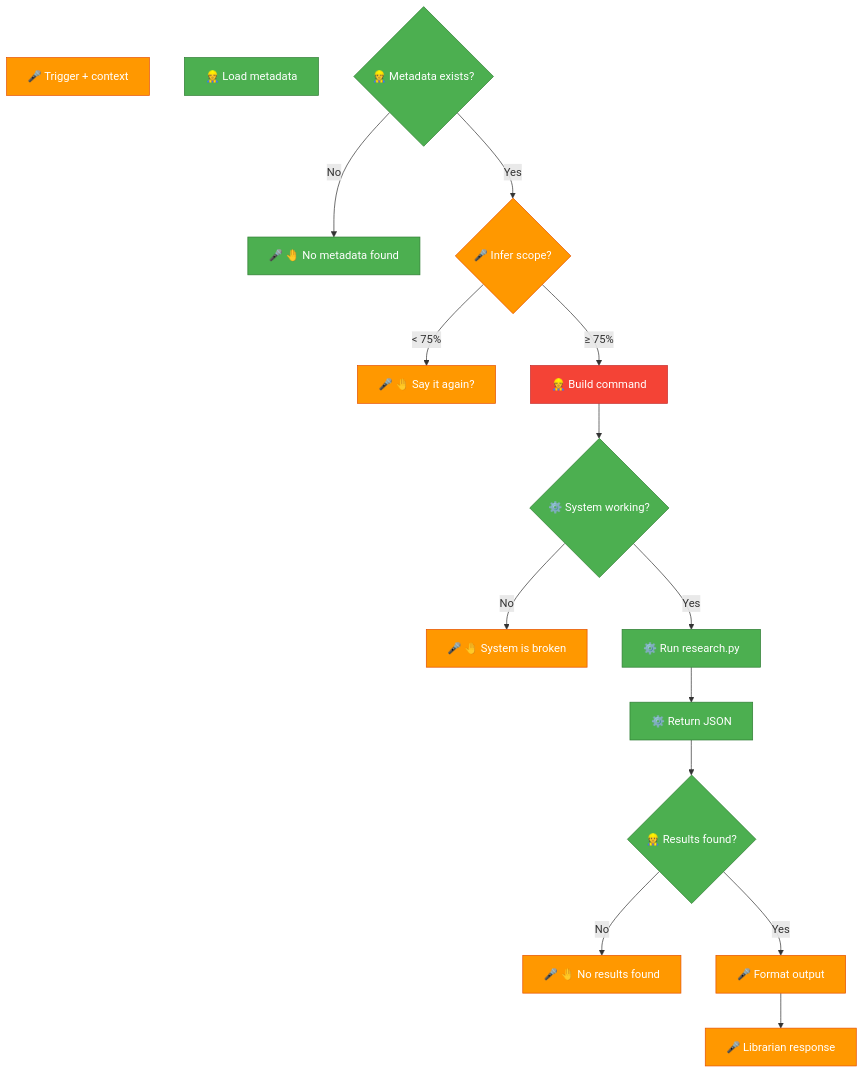
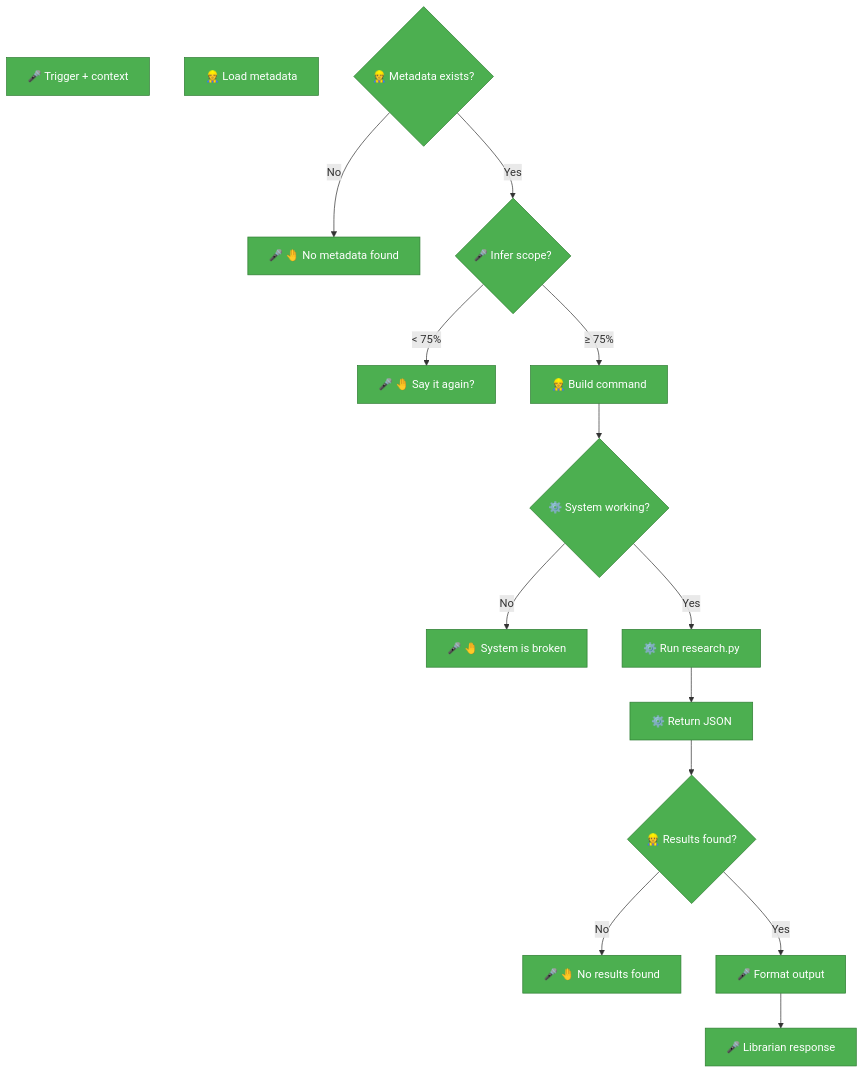
The third of 3 diagrams in backstage/epic-notes/v0.15.0-skill-protocol.md (nonlinear/librarian), drawn with Mermaid before and after one commit. The commit also changed other lines of this file, not shown here.

Commit message:
Epic v0.15.0: Phase 2 complete, all 15 nodes GREEN (ready for validation)

````diff
--- a/backstage/epic-notes/v0.15.0-skill-protocol.md
+++ b/backstage/epic-notes/v0.15.0-skill-protocol.md
@@ -672,33 +672,27 @@
 ```mermaid
 flowchart TB
-    TRIGGER["🎤 Trigger + context"]:::orange
+    TRIGGER["🎤 Trigger + context"]:::green
     METADATA["👷 Load metadata"]:::green
     CHECK{"👷 Metadata exists?"}:::green
     
     CHECK -->|No| ERROR["🎤 🤚 No metadata found"]:::green
-    CHECK -->|Yes| INFER{"🎤 Infer scope?"}:::orange
+    CHECK -->|Yes| INFER{"🎤 Infer scope?"}:::green
     
-    INFER -->|< 75%| CLARIFY["🎤 🤚 Say it again?"]:::orange
-    INFER -->|≥ 75%| BUILD["👷 Build command"]:::red
+    INFER -->|< 75%| CLARIFY["🎤 🤚 Say it again?"]:::green
+    INFER -->|≥ 75%| BUILD["👷 Build command"]:::green
     
     BUILD --> CHECK_SYSTEM{"⚙️ System working?"}:::green
     
-    CHECK_SYSTEM -->|No| BROKEN["🎤 🤚 System is broken"]:::orange
+    CHECK_SYSTEM -->|No| BROKEN["🎤 🤚 System is broken"]:::green
     CHECK_SYSTEM -->|Yes| EXEC["⚙️ Run research.py"]:::green
     
     EXEC --> JSON["⚙️ Return JSON"]:::green
     JSON --> CHECK_RESULTS{"👷 Results found?"}:::green
     
-    CHECK_RESULTS -->|No| EMPTY["🎤 🤚 No results found"]:::orange
-    CHECK_RESULTS -->|Yes| FORMAT["🎤 Format output"]:::orange
+    CHECK_RESULTS -->|No| EMPTY["🎤 🤚 No results found"]:::green
+    CHECK_RESULTS -->|Yes| FORMAT["🎤 Format output"]:::green
     
-    FORMAT --> RESPONSE["🎤 Librarian response"]:::orange
+    FORMAT --> RESPONSE["🎤 Librarian response"]:::green
     
     classDef green fill:#4caf50,stroke:#2e7d32,color:#fff
-    classDef orange fill:#ff9800,stroke:#e65100,color:#fff
-    classDef red fill:#f44336,stroke:#c62828,color:#fff
-
-    classDef green fill:#4caf50,stroke:#2e7d32,color:#fff
-    classDef orange fill:#ff9800,stroke:#e65100,color:#fff
-    classDef red fill:#f44336,stroke:#c62828,color:#fff
 ```
````
